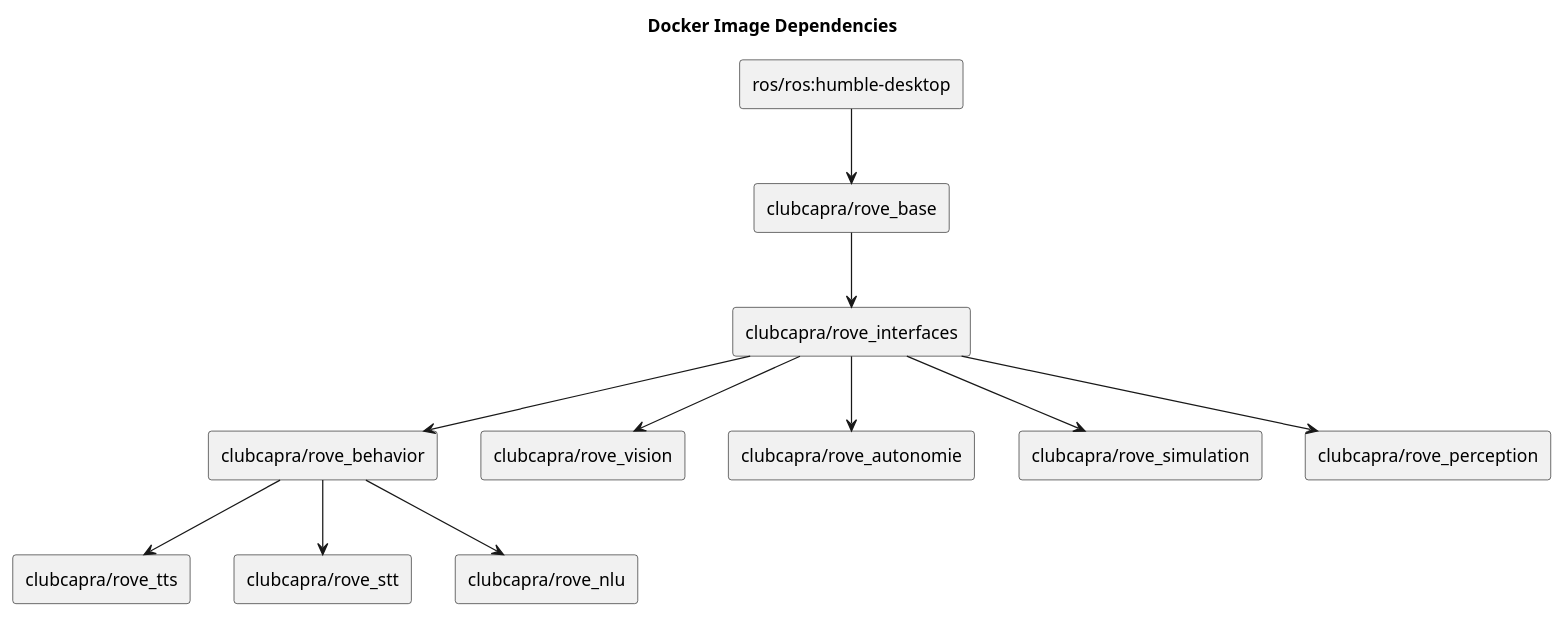
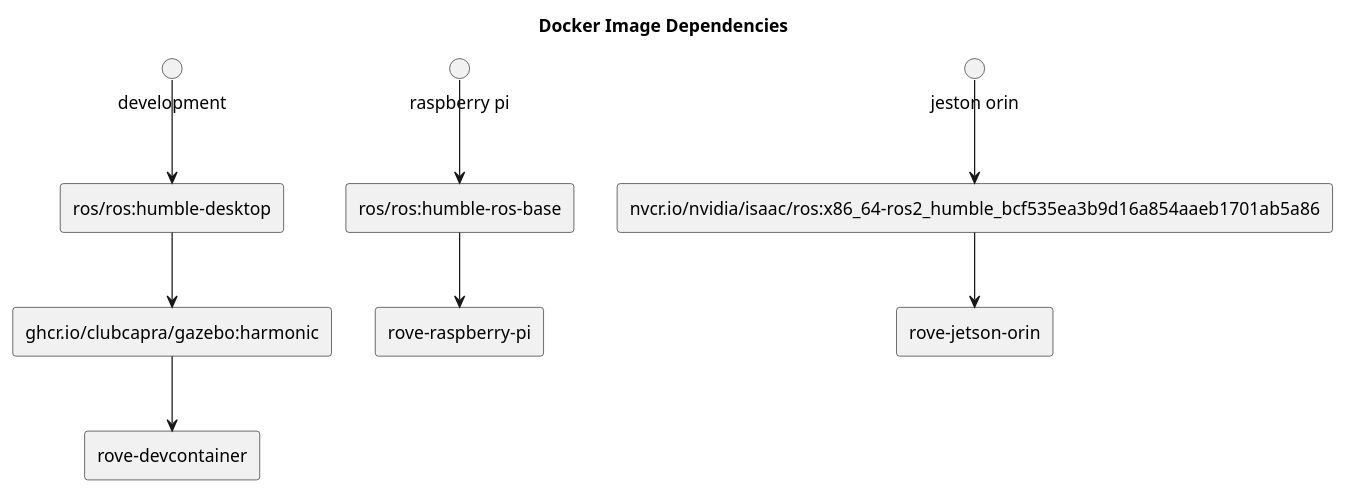
The diagram in docs/docker_architecture_dev.puml (clubcapra/rove), drawn with PlantUML before and after one commit. The commit also changed 2 other files, not shown here.

```diff
--- a/docs/docker_architecture_dev.puml
+++ b/docs/docker_architecture_dev.puml
@@ -1,29 +1,24 @@
 @startuml Docker structure
 
 title "Docker Image Dependencies"
 
-rectangle "ros/ros:humble-desktop" as ros
-rectangle "clubcapra/rove_base" as base
-rectangle "clubcapra/rove_interfaces" as interfaces
-rectangle "clubcapra/rove_behavior" as behavior
-rectangle "clubcapra/rove_vision" as vision
-rectangle "clubcapra/rove_autonomie" as autonomie
-rectangle "clubcapra/rove_simulation" as simulation
-rectangle "clubcapra/rove_tts" as tts
-rectangle "clubcapra/rove_stt" as stt
-rectangle "clubcapra/rove_nlu" as nlu
+rectangle "ghcr.io/clubcapra/gazebo:harmonic" as harmonic
+rectangle "ros/ros:humble-desktop" as ros_desktop
+rectangle "ros/ros:humble-ros-base" as ros_base
+rectangle "nvcr.io/nvidia/isaac/ros:x86_64-ros2_humble_bcf535ea3b9d16a854aaeb1701ab5a86" as jetson_orin
 
-rectangle "clubcapra/rove_perception" as perception
+rectangle "rove-devcontainer" as development_container
+rectangle "rove-raspberry-pi" as rpi_container
+rectangle "rove-jetson-orin" as jetson_container
 
-ros --> base
-base --> interfaces
-interfaces --> vision
-interfaces --> autonomie
-interfaces --> behavior
-behavior --> tts
-behavior --> stt
-behavior --> nlu
-interfaces --> simulation
-interfaces --> perception
+development --> ros_desktop
+ros_desktop --> harmonic
+harmonic --> development_container
+
+"raspberry pi" --> ros_base 
+ros_base --> rpi_container
+
+"jeston orin" --> jetson_orin
+jetson_orin --> jetson_container
 
 @enduml
```
